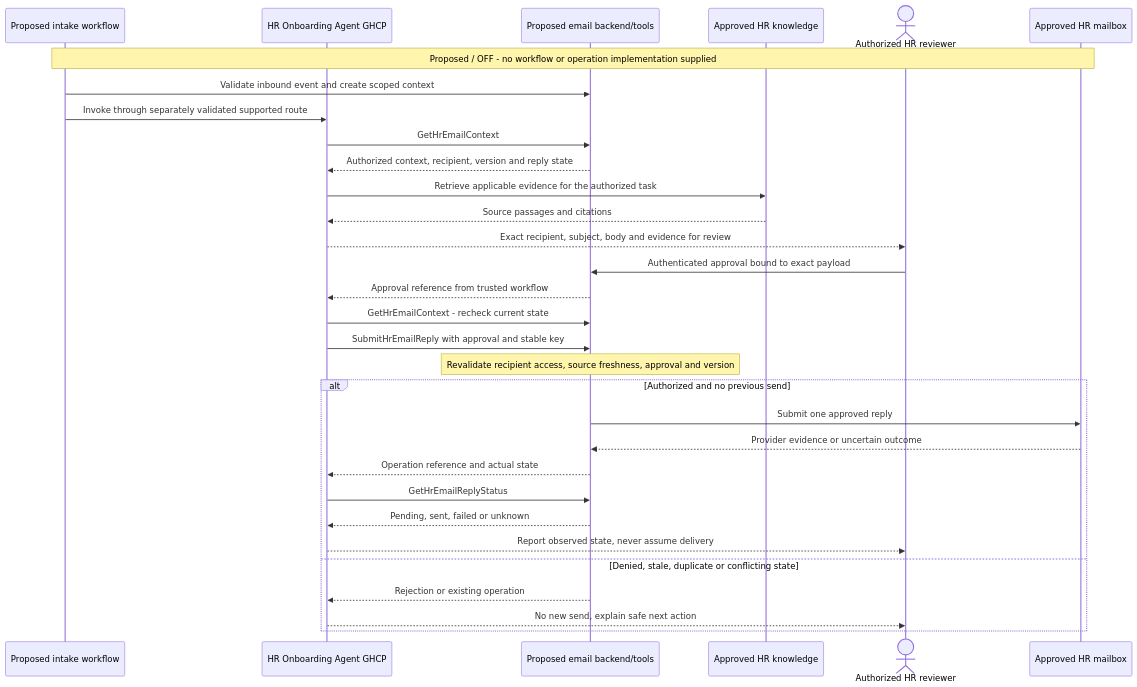
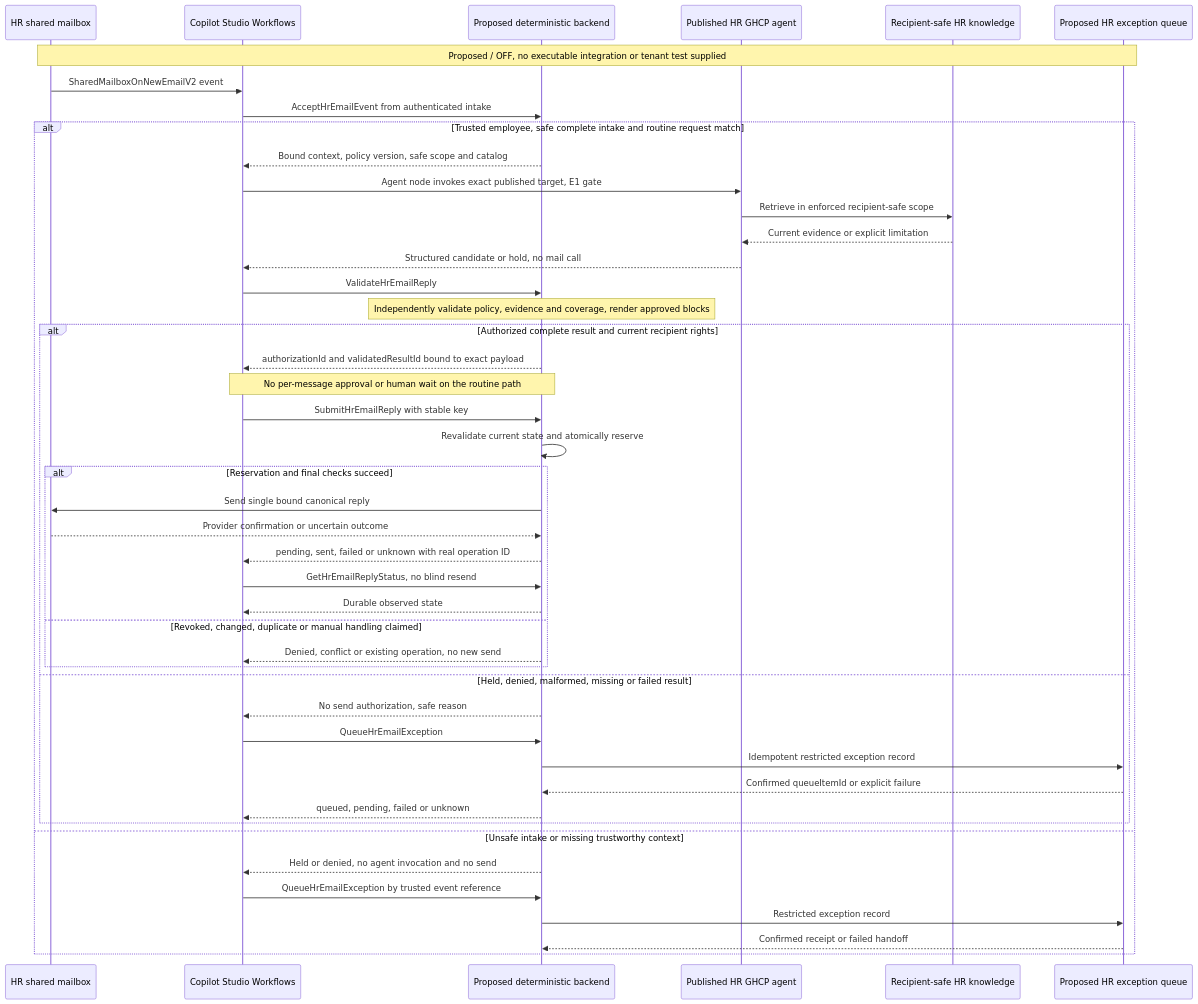
Before and after one commit to petepuu/ai-agent-runbooks: the third of 3 diagrams in 01-scenarios/HR-Onboarding-Agent-GHCP/2.Architecture.md, drawn with Mermaid. The commit also changed other lines of this file and 13 other files, not shown here.

First line of the commit message:
Expand HR scenario to all employees and autonomous email workflows

````diff
--- a/01-scenarios/HR-Onboarding-Agent-GHCP/2.Architecture.md
+++ b/01-scenarios/HR-Onboarding-Agent-GHCP/2.Architecture.md
@@ -119,33 +133,47 @@
 ```mermaid
 sequenceDiagram
-    participant Intake as Proposed intake workflow
-    participant Agent as HR Onboarding Agent GHCP
-    participant Backend as Proposed email backend/tools
-    participant KB as Approved HR knowledge
-    actor Reviewer as Authorized HR reviewer
-    participant Mail as Approved HR mailbox
-    Note over Intake,Mail: Proposed / OFF - no workflow or operation implementation supplied
-    Intake->>Backend: Validate inbound event and create scoped context
-    Intake->>Agent: Invoke through separately validated supported route
-    Agent->>Backend: GetHrEmailContext
-    Backend-->>Agent: Authorized context, recipient, version and reply state
-    Agent->>KB: Retrieve applicable evidence for the authorized task
-    KB-->>Agent: Source passages and citations
-    Agent-->>Reviewer: Exact recipient, subject, body and evidence for review
-    Reviewer->>Backend: Authenticated approval bound to exact payload
-    Backend-->>Agent: Approval reference from trusted workflow
-    Agent->>Backend: GetHrEmailContext - recheck current state
-    Agent->>Backend: SubmitHrEmailReply with approval and stable key
-    Note over Backend: Revalidate recipient access, source freshness, approval and version
-    alt Authorized and no previous send
-        Backend->>Mail: Submit one approved reply
-        Mail-->>Backend: Provider evidence or uncertain outcome
-        Backend-->>Agent: Operation reference and actual state
-        Agent->>Backend: GetHrEmailReplyStatus
-        Backend-->>Agent: Pending, sent, failed or unknown
-        Agent-->>Reviewer: Report observed state, never assume delivery
-    else Denied, stale, duplicate or conflicting state
-        Backend-->>Agent: Rejection or existing operation
-        Agent-->>Reviewer: No new send, explain safe next action
+    participant Mail as HR shared mailbox
+    participant Flow as Copilot Studio Workflows
+    participant Backend as Proposed deterministic backend
+    participant Agent as Published HR GHCP agent
+    participant KB as Recipient-safe HR knowledge
+    participant Queue as Proposed HR exception queue
+    Note over Mail,Queue: Proposed / OFF, no executable integration or tenant test supplied
+    Mail->>Flow: SharedMailboxOnNewEmailV2 event
+    Flow->>Backend: AcceptHrEmailEvent from authenticated intake
+    alt Trusted employee, safe complete intake and routine request match
+        Backend-->>Flow: Bound context, policy version, safe scope and catalog
+        Flow->>Agent: Agent node invokes exact published target, E1 gate
+        Agent->>KB: Retrieve in enforced recipient-safe scope
+        KB-->>Agent: Current evidence or explicit limitation
+        Agent-->>Flow: Structured candidate or hold, no mail call
+        Flow->>Backend: ValidateHrEmailReply
+        Note over Backend: Independently validate policy, evidence and coverage, render approved blocks
+        alt Authorized complete result and current recipient rights
+            Backend-->>Flow: authorizationId and validatedResultId bound to exact payload
+            Note over Flow,Backend: No per-message approval or human wait on the routine path
+            Flow->>Backend: SubmitHrEmailReply with stable key
+            Backend->>Backend: Revalidate current state and atomically reserve
+            alt Reservation and final checks succeed
+                Backend->>Mail: Send single bound canonical reply
+                Mail-->>Backend: Provider confirmation or uncertain outcome
+                Backend-->>Flow: pending, sent, failed or unknown with real operation ID
+                Flow->>Backend: GetHrEmailReplyStatus, no blind resend
+                Backend-->>Flow: Durable observed state
+            else Revoked, changed, duplicate or manual handling claimed
+                Backend-->>Flow: Denied, conflict or existing operation, no new send
+            end
+        else Held, denied, malformed, missing or failed result
+            Backend-->>Flow: No send authorization, safe reason
+            Flow->>Backend: QueueHrEmailException
+            Backend->>Queue: Idempotent restricted exception record
+            Queue-->>Backend: Confirmed queueItemId or explicit failure
+            Backend-->>Flow: queued, pending, failed or unknown
+        end
+    else Unsafe intake or missing trustworthy context
+        Backend-->>Flow: Held or denied, no agent invocation and no send
+        Flow->>Backend: QueueHrEmailException by trusted event reference
+        Backend->>Queue: Restricted exception record
+        Queue-->>Backend: Confirmed receipt or failed handoff
     end
 ```
````
